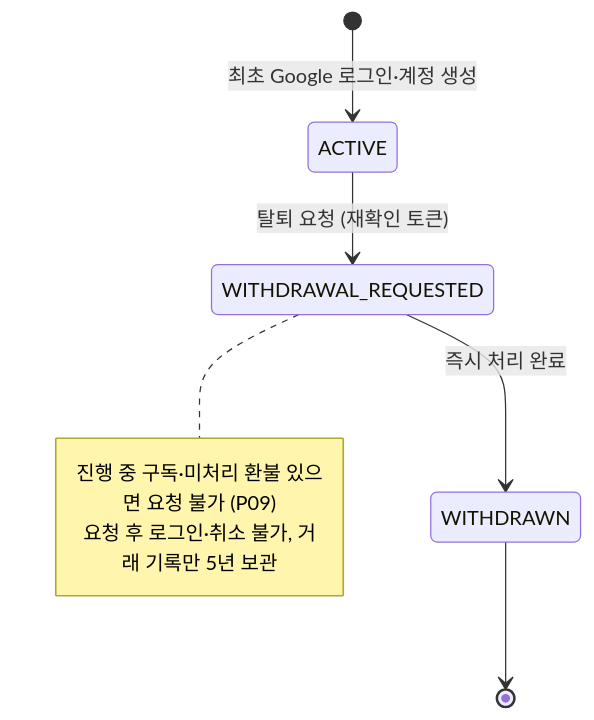
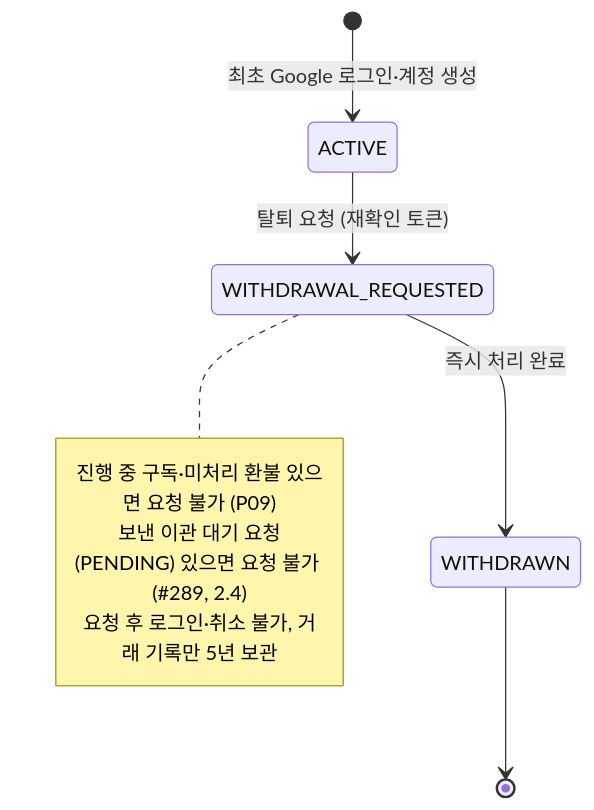
The first of 19 diagrams in docs/design/state-diagram.md (SKNETWORKS-FAMILY-AICAMP/SKN34-FINAL-3TEAM), drawn with Mermaid before and after one commit. The commit also changed other lines of this file and 6 other files, not shown here.

````diff
--- a/docs/design/state-diagram.md
+++ b/docs/design/state-diagram.md
@@ -27,11 +27,12 @@
 ```mermaid
 stateDiagram-v2
   [*] --> ACTIVE: 최초 Google 로그인·계정 생성
   ACTIVE --> WITHDRAWAL_REQUESTED: 탈퇴 요청 (재확인 토큰)
   WITHDRAWAL_REQUESTED --> WITHDRAWN: 즉시 처리 완료
   WITHDRAWN --> [*]
   note right of WITHDRAWAL_REQUESTED
     진행 중 구독·미처리 환불 있으면 요청 불가 (P09)
+    보낸 이관 대기 요청(PENDING) 있으면 요청 불가 (#289, 2.4)
     요청 후 로그인·취소 불가, 거래 기록만 5년 보관
   end note
 ```
````
